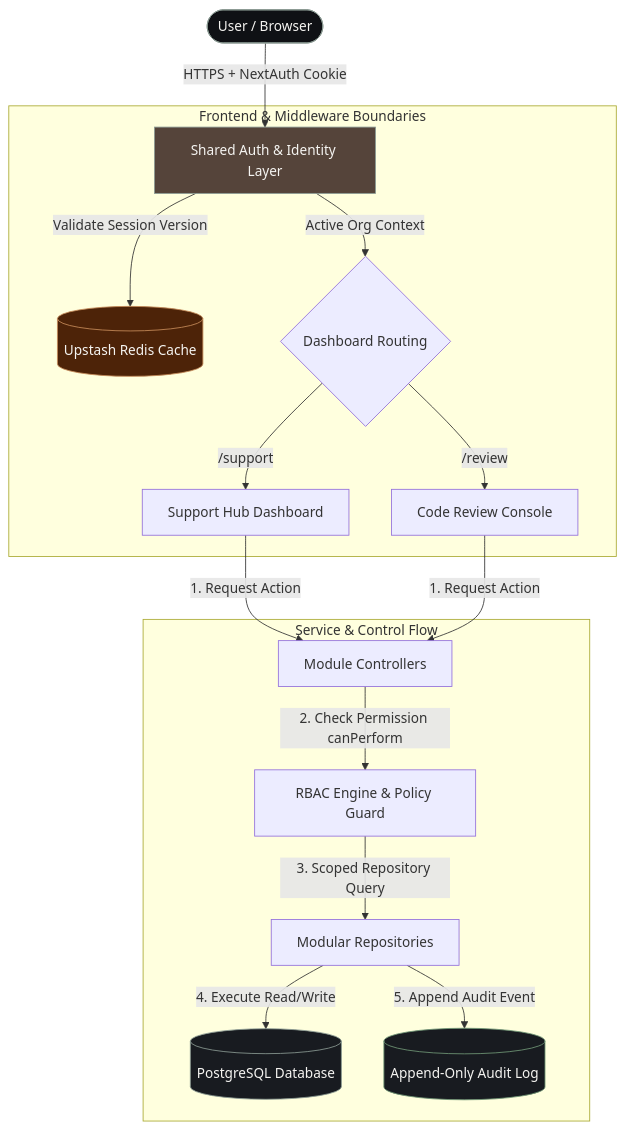
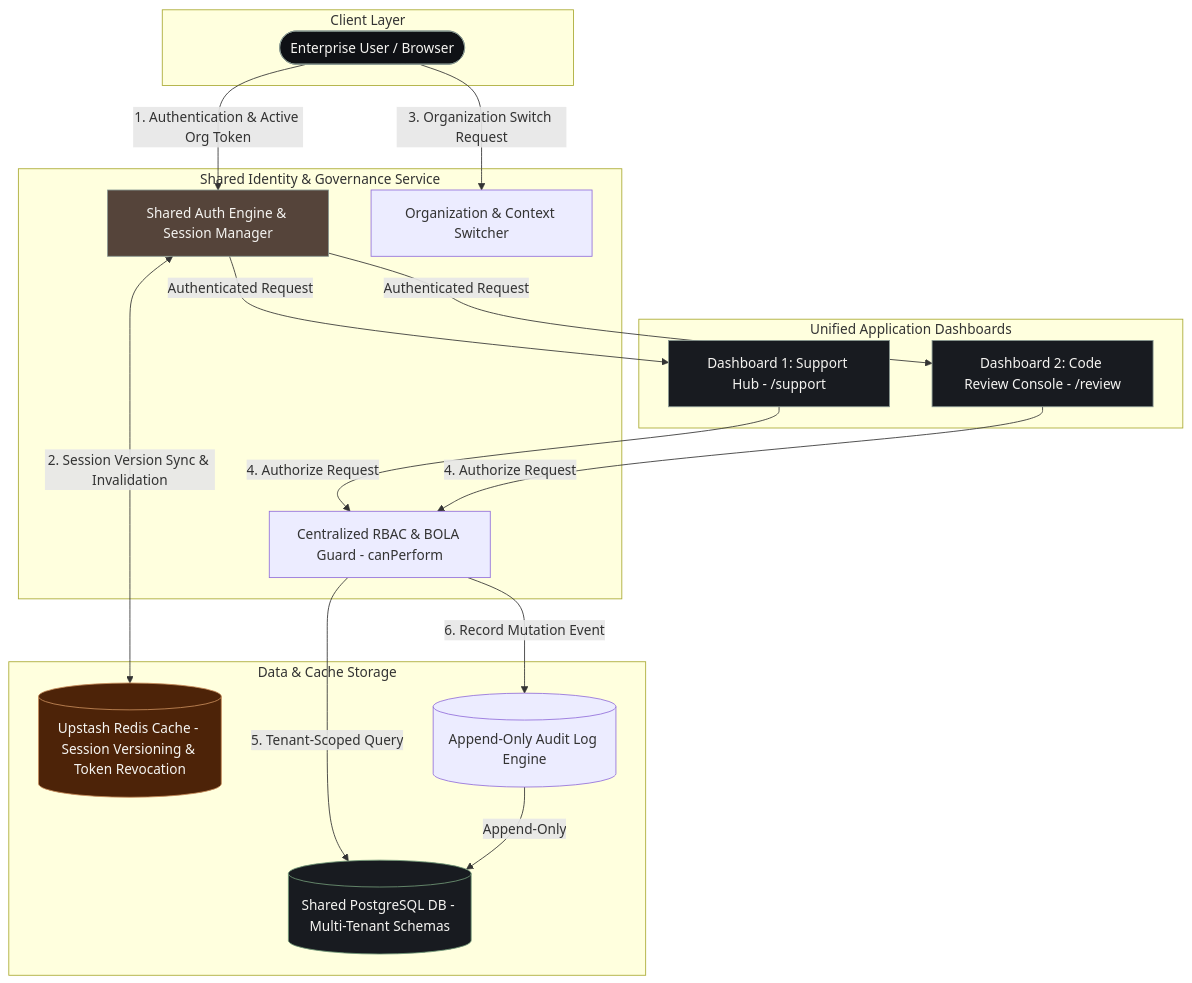
Before and after one commit to gargijoshi9/unified-workspace: the first of 3 diagrams in docs/architecture.md, drawn with Mermaid. The commit also changed other lines of this file and 5 other files, not shown here.

````diff
--- a/docs/architecture.md
+++ b/docs/architecture.md
@@ -3,25 +6,42 @@
 ```mermaid
 flowchart TD
-    User([User / Browser]) -->|HTTPS + NextAuth Cookie| AuthLayer[Shared Auth & Identity Layer]
-    
-    subgraph Frontend & Middleware Boundaries
-        AuthLayer -->|Validate Session Version| Redis[(Upstash Redis Cache)]
-        AuthLayer -->|Active Org Context| Dashboards{Dashboard Routing}
-        Dashboards -->|/support| SupportHub[Support Hub Dashboard]
-        Dashboards -->|/review| ReviewConsole[Code Review Console]
+    subgraph Client Layer
+        User([Enterprise User / Browser])
     end
 
-    subgraph Service & Control Flow
-        SupportHub & ReviewConsole -->|1. Request Action| Controller[Module Controllers]
-        Controller -->|2. Check Permission canPerform| Authorize[RBAC Engine & Policy Guard]
-        Authorize -->|3. Scoped Repository Query| Repository[Modular Repositories]
-        Repository -->|4. Execute Read/Write| Postgres[(PostgreSQL Database)]
-        Repository -->|5. Append Audit Event| AuditLog[(Append-Only Audit Log)]
+    subgraph Shared Identity & Governance Service
+        NextAuth[Shared Auth Engine & Session Manager]
+        OrgSwitcher[Organization & Context Switcher]
+        RBACGuard[Centralized RBAC & BOLA Guard - canPerform]
     end
 
+    subgraph Unified Application Dashboards
+        Dash1[Dashboard 1: Support Hub - /support]
+        Dash2[Dashboard 2: Code Review Console - /review]
+    end
+
+    subgraph Data & Cache Storage
+        Postgres[(Shared PostgreSQL DB - Multi-Tenant Schemas)]
+        Redis[(Upstash Redis Cache - Session Versioning & Token Revocation)]
+        AuditLog[(Append-Only Audit Log Engine)]
+    end
+
+    User -->|1. Authentication & Active Org Token| NextAuth
+    NextAuth <-->|2. Session Version Sync & Invalidation| Redis
+    User -->|3. Organization Switch Request| OrgSwitcher
+    
+    NextAuth -->|Authenticated Request| Dash1
+    NextAuth -->|Authenticated Request| Dash2
+
+    Dash1 & Dash2 -->|4. Authorize Request| RBACGuard
+    RBACGuard -->|5. Tenant-Scoped Query| Postgres
+    RBACGuard -->|6. Record Mutation Event| AuditLog
+    AuditLog -->|Append-Only| Postgres
+
     style User fill:#0F1115,stroke:#8A9992,color:#F5F4F1
-    style AuthLayer fill:#55443A,stroke:#8A9992,color:#F5F4F1
+    style NextAuth fill:#55443A,stroke:#8A9992,color:#F5F4F1
+    style Dash1 fill:#181B20,stroke:#8A9992,color:#F5F4F1
+    style Dash2 fill:#181B20,stroke:#8A9992,color:#F5F4F1
     style Redis fill:#4D2308,stroke:#C68B59,color:#F5F4F1
-    style Postgres fill:#181B20,stroke:#8A9992,color:#F5F4F1
-    style AuditLog fill:#181B20,stroke:#709775,color:#F5F4F1
+    style Postgres fill:#181B20,stroke:#709775,color:#F5F4F1
 ```
````
